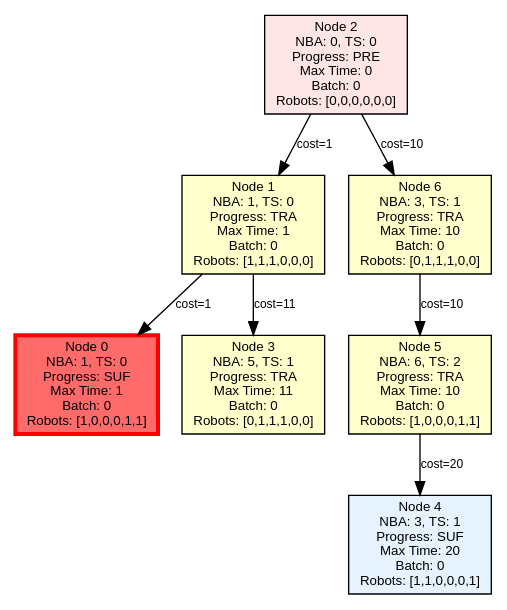
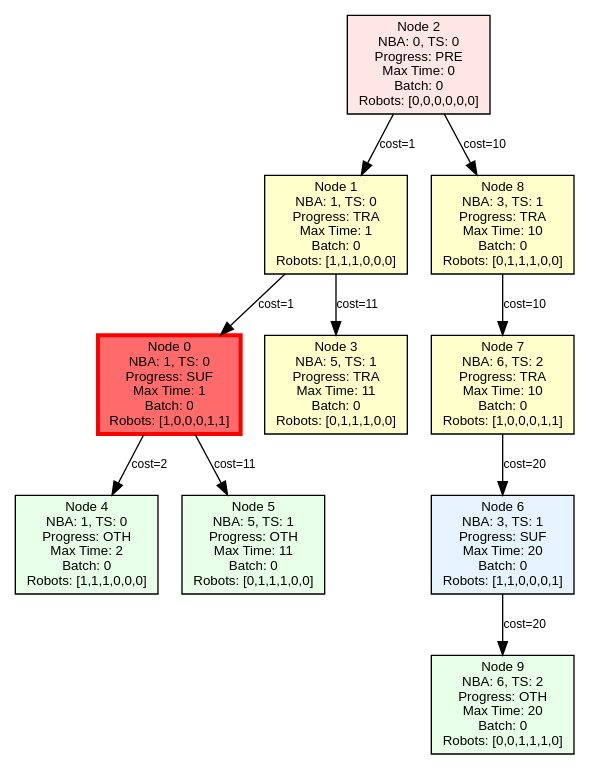
Before and after one commit to jrourke48/HMRTA_TS_GENERATION: the diagram in Task Batch Planning Decision Tree/output/infinite_test_3_tree.dot, drawn with Graphviz. The commit also changed 16 other files, not shown here.

Commit message:
Changed the first Subtree Pruning rule it was not adding oth nodes to the planning tree before removal. I also add the same rule for TRA nodes for the finite Automatons.

```diff
--- a/Task Batch Planning Decision Tree/output/infinite_test_3_tree.dot
+++ b/Task Batch Planning Decision Tree/output/infinite_test_3_tree.dot
@@ -1,20 +1,26 @@
 digraph PlanningTree {
   rankdir=TB;
   node [shape=box, style=filled, fontname=Arial, fontsize=10];
   edge [fontname=Arial, fontsize=9];
 
   node_0 [label="Node 0\nNBA: 1, TS: 0\nProgress: SUF\nMax Time: 1\nBatch: 0\nRobots: [1,0,0,0,1,1]", fillcolor="#FF6B6B", penwidth=3, color=red];
   node_1 [label="Node 1\nNBA: 1, TS: 0\nProgress: TRA\nMax Time: 1\nBatch: 0\nRobots: [1,1,1,0,0,0]", fillcolor="#FFFFCC"];
   node_2 [label="Node 2\nNBA: 0, TS: 0\nProgress: PRE\nMax Time: 0\nBatch: 0\nRobots: [0,0,0,0,0,0]", fillcolor="#FFE6E6"];
   node_3 [label="Node 3\nNBA: 5, TS: 1\nProgress: TRA\nMax Time: 11\nBatch: 0\nRobots: [0,1,1,1,0,0]", fillcolor="#FFFFCC"];
-  node_4 [label="Node 4\nNBA: 3, TS: 1\nProgress: SUF\nMax Time: 20\nBatch: 0\nRobots: [1,1,0,0,0,1]", fillcolor="#E6F3FF"];
-  node_5 [label="Node 5\nNBA: 6, TS: 2\nProgress: TRA\nMax Time: 10\nBatch: 0\nRobots: [1,0,0,0,1,1]", fillcolor="#FFFFCC"];
-  node_6 [label="Node 6\nNBA: 3, TS: 1\nProgress: TRA\nMax Time: 10\nBatch: 0\nRobots: [0,1,1,1,0,0]", fillcolor="#FFFFCC"];
+  node_4 [label="Node 4\nNBA: 1, TS: 0\nProgress: OTH\nMax Time: 2\nBatch: 0\nRobots: [1,1,1,0,0,0]", fillcolor="#E6FFE6"];
+  node_5 [label="Node 5\nNBA: 5, TS: 1\nProgress: OTH\nMax Time: 11\nBatch: 0\nRobots: [0,1,1,1,0,0]", fillcolor="#E6FFE6"];
+  node_6 [label="Node 6\nNBA: 3, TS: 1\nProgress: SUF\nMax Time: 20\nBatch: 0\nRobots: [1,1,0,0,0,1]", fillcolor="#E6F3FF"];
+  node_7 [label="Node 7\nNBA: 6, TS: 2\nProgress: TRA\nMax Time: 10\nBatch: 0\nRobots: [1,0,0,0,1,1]", fillcolor="#FFFFCC"];
+  node_8 [label="Node 8\nNBA: 3, TS: 1\nProgress: TRA\nMax Time: 10\nBatch: 0\nRobots: [0,1,1,1,0,0]", fillcolor="#FFFFCC"];
+  node_9 [label="Node 9\nNBA: 6, TS: 2\nProgress: OTH\nMax Time: 20\nBatch: 0\nRobots: [0,0,1,1,1,0]", fillcolor="#E6FFE6"];
 
+  node_0 -> node_4 [label="cost=2"];
+  node_0 -> node_5 [label="cost=11"];
   node_1 -> node_0 [label="cost=1"];
   node_1 -> node_3 [label="cost=11"];
   node_2 -> node_1 [label="cost=1"];
-  node_2 -> node_6 [label="cost=10"];
-  node_5 -> node_4 [label="cost=20"];
-  node_6 -> node_5 [label="cost=10"];
+  node_2 -> node_8 [label="cost=10"];
+  node_6 -> node_9 [label="cost=20"];
+  node_7 -> node_6 [label="cost=20"];
+  node_8 -> node_7 [label="cost=10"];
 }
```
